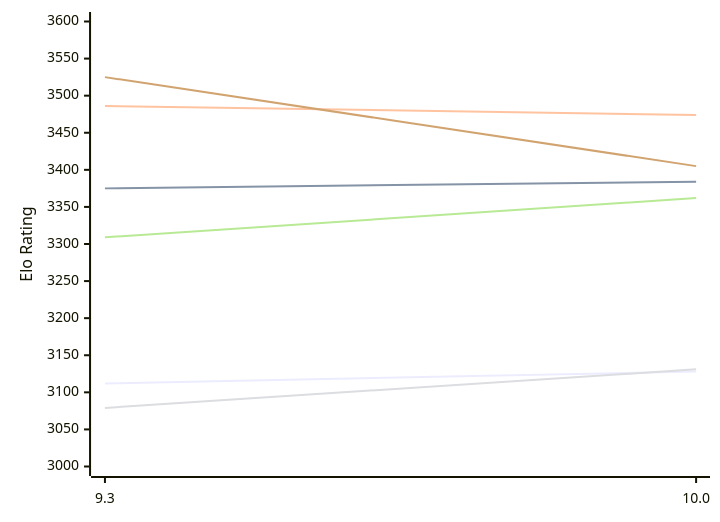
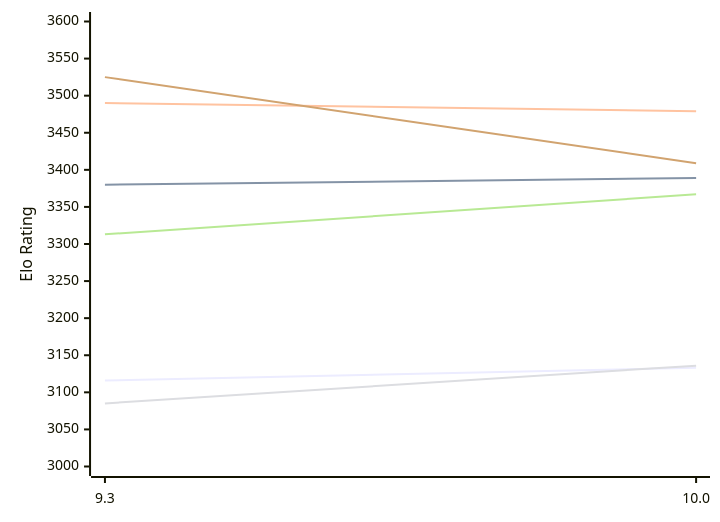
One commit to computer-chess-index/cci changed the first of 2 diagrams in engines/Fire.md. Above: the diagram before and after it, drawn with Mermaid. The commit also changed other lines of this file, not shown here.

Commit message:
Update CCI Ratings (ELO VLTC) - 2026-11-20

````diff
--- a/engines/Fire.md
+++ b/engines/Fire.md
@@ -50,12 +50,12 @@
 ```mermaid
 %%{init: {"theme":"base","themeVariables":{"seriesColors:['#a3a3a3','#222221','#faa371']}}}%%
 xychart-beta
   x-axis ["9.3", "10.0"]
   y-axis "Elo Rating" 3000 --> 3600
-  line "E1: STC (8.0+0.08s)" [3112, 3128]
-  line "E1: LTC (60.0+0.60s)" [3375, 3384]
-  line "E1: VLTC (2m24s+1.12s)" [3486, 3474]
-  line "P1: STC (8.0+0.08s)" [3079, 3131]
-  line "P1: LTC (60.0+0.60s)" [3309, 3362]
-  line "P1: VLTC (2m24s+1.12s)" [3525, 3405]
+  line "E1: STC (8.0+0.08s)" [3116, 3133]
+  line "E1: LTC (60.0+0.60s)" [3380, 3389]
+  line "E1: VLTC (2m24s+1.12s)" [3490, 3479]
+  line "P1: STC (8.0+0.08s)" [3085, 3136]
+  line "P1: LTC (60.0+0.60s)" [3313, 3367]
+  line "P1: VLTC (2m24s+1.12s)" [3525, 3409]
 ```
````
